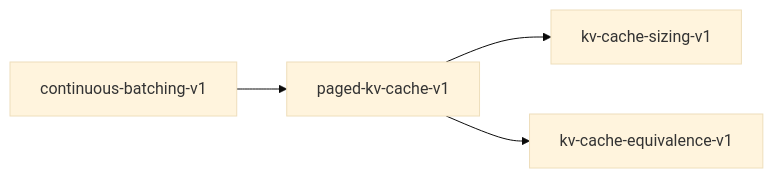
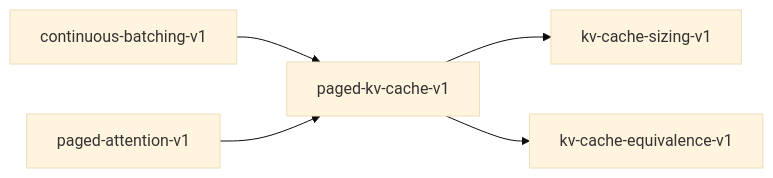
One commit to paiml/provable-contracts changed the diagram in book/src/contracts/paged-kv-cache-v1.md. Above: the diagram before and after it, drawn with Mermaid (base theme). The commit also changed other lines of this file and 136 other files, not shown here.

````diff
--- a/book/src/contracts/paged-kv-cache-v1.md
+++ b/book/src/contracts/paged-kv-cache-v1.md
@@ -19,6 +19,7 @@
 ```mermaid
 graph LR
     paged_kv_cache_v1["paged-kv-cache-v1"] --> kv_cache_sizing_v1["kv-cache-sizing-v1"]
     paged_kv_cache_v1["paged-kv-cache-v1"] --> kv_cache_equivalence_v1["kv-cache-equivalence-v1"]
     continuous_batching_v1["continuous-batching-v1"] --> paged_kv_cache_v1["paged-kv-cache-v1"]
+    paged_attention_v1["paged-attention-v1"] --> paged_kv_cache_v1["paged-kv-cache-v1"]
 ```
````
